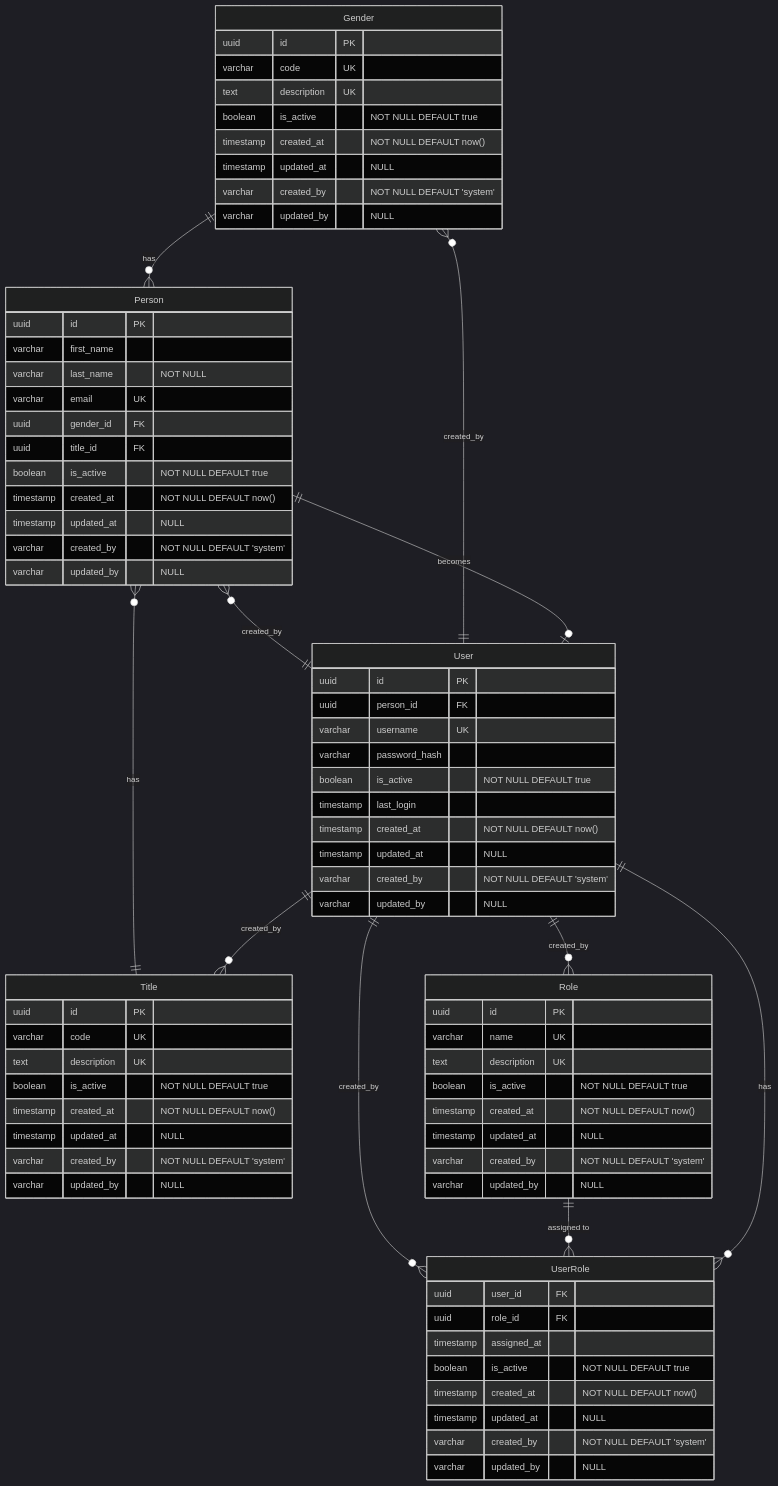
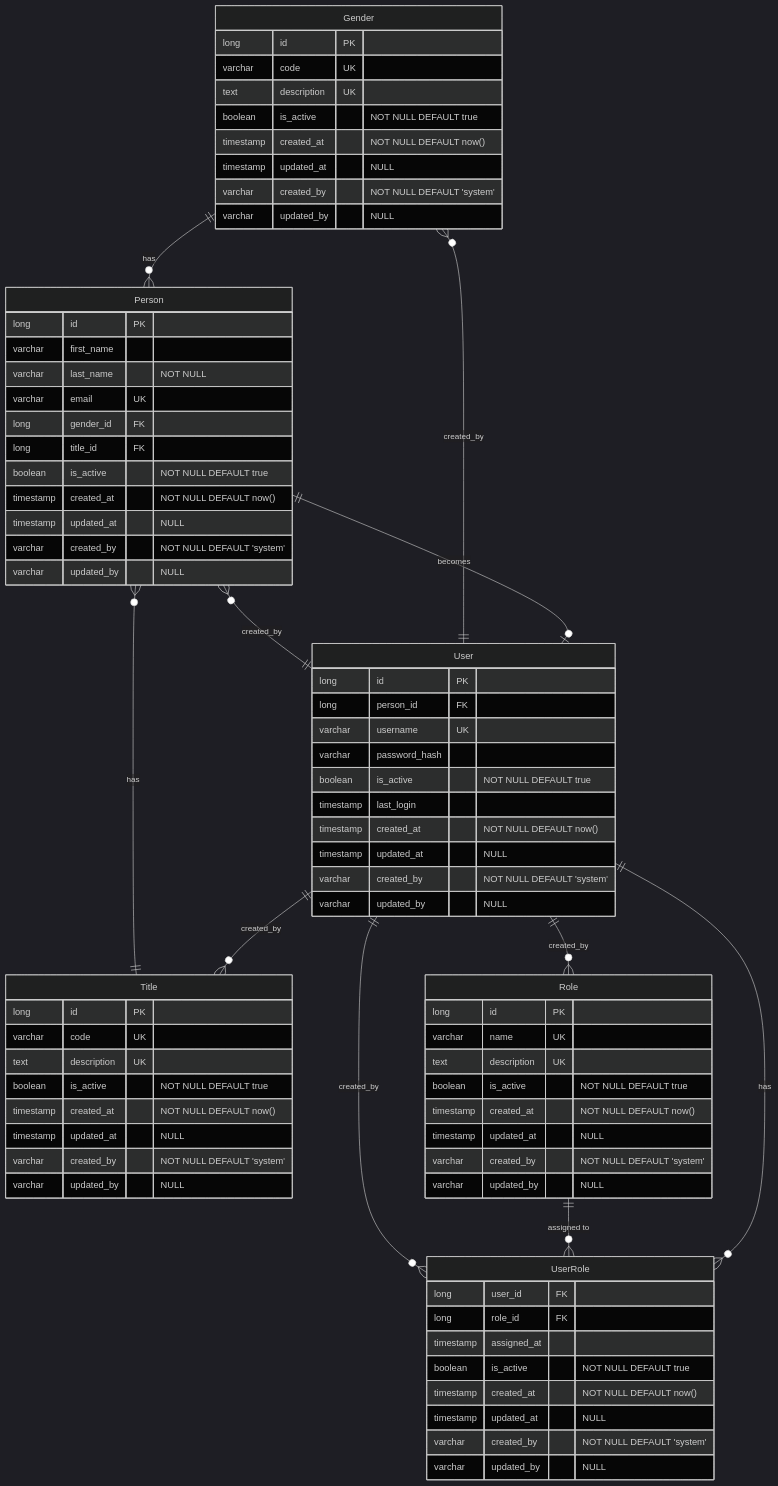
The diagram in CLAUDE.md (GeraldScott/rescaffold), drawn with Mermaid (dark theme) before and after one commit. The commit also changed other lines of this file and 4 other files, not shown here.

````diff
--- a/CLAUDE.md
+++ b/CLAUDE.md
@@ -105,7 +104,7 @@
 ```mermaid
 erDiagram
     Gender {
-        uuid id PK
+        long id PK
         varchar code UK
         text description UK
         boolean is_active "NOT NULL DEFAULT true"
@@ -116,7 +115,7 @@
     }
     
     Title {
-        uuid id PK
+        long id PK
         varchar code UK
         text description UK
         boolean is_active "NOT NULL DEFAULT true"
@@ -127,12 +126,12 @@
     }
     
     Person {
-        uuid id PK
+        long id PK
         varchar first_name
         varchar last_name "NOT NULL"
         varchar email UK
-        uuid gender_id FK
-        uuid title_id FK
+        long gender_id FK
+        long title_id FK
         boolean is_active "NOT NULL DEFAULT true"
         timestamp created_at "NOT NULL DEFAULT now()"
         timestamp updated_at "NULL"
@@ -141,8 +140,8 @@
     }
     
     User {
-        uuid id PK
-        uuid person_id FK
+        long id PK
+        long person_id FK
         varchar username UK
         varchar password_hash
         boolean is_active "NOT NULL DEFAULT true"
@@ -154,7 +153,7 @@
     }
     
     Role {
-        uuid id PK
+        long id PK
         varchar name UK
         text description UK
         boolean is_active "NOT NULL DEFAULT true"
@@ -165,8 +164,8 @@
     }
     
     UserRole {
-        uuid user_id FK
-        uuid role_id FK
+        long user_id FK
+        long role_id FK
         timestamp assigned_at
         boolean is_active "NOT NULL DEFAULT true"
         timestamp created_at "NOT NULL DEFAULT now()"
````
